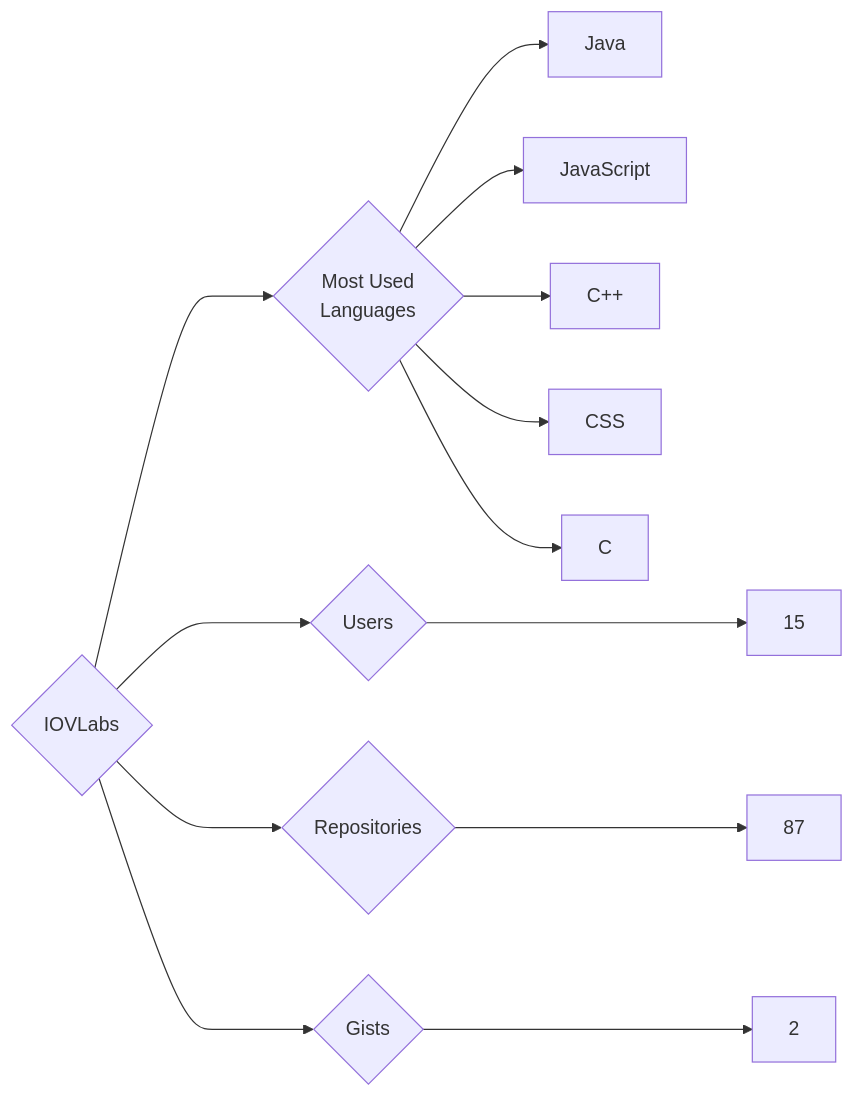
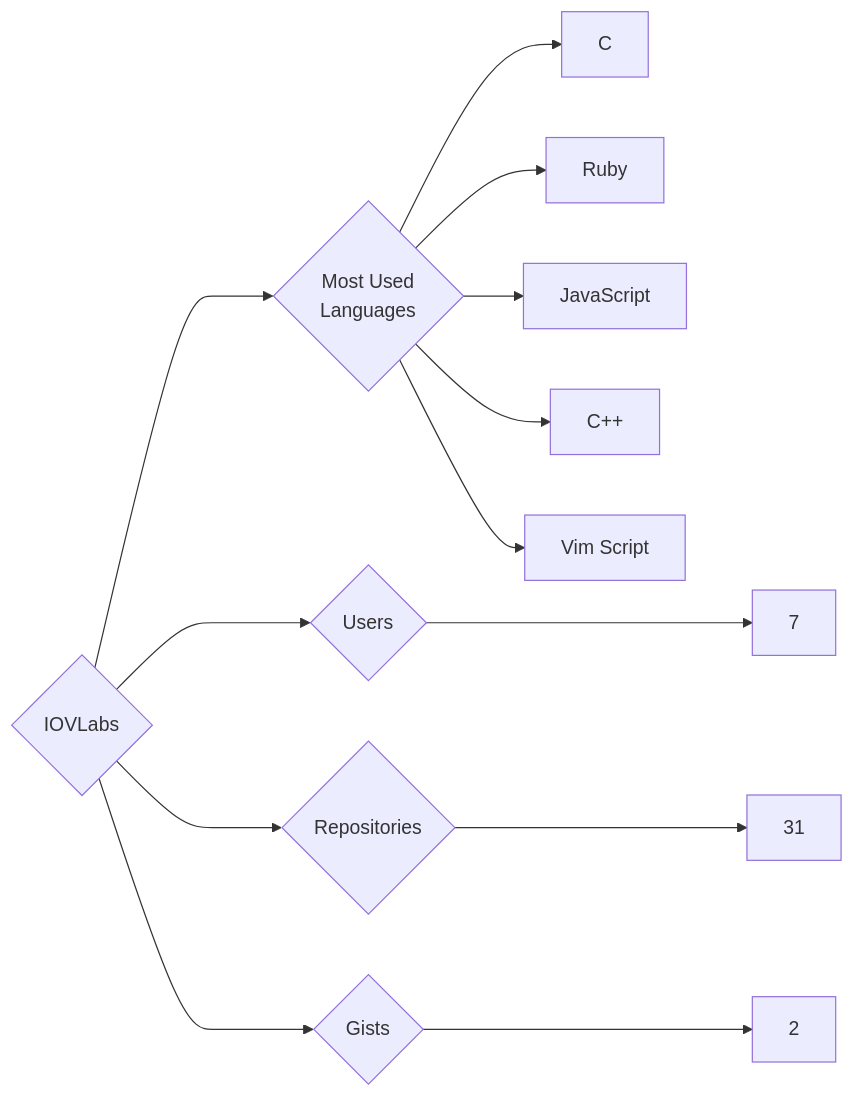
Before and after one commit to trickest/insiders: the diagram in targets/IOVLabs/README.md, drawn with Mermaid. The commit also changed 1020 other files, not shown here.

````diff
--- a/targets/IOVLabs/README.md
+++ b/targets/IOVLabs/README.md
@@ -3,13 +3,13 @@
 ```mermaid
 graph LR
 COMPANY_NAME{IOVLabs}
-COMPANY_NAME ---> U{Users} ---> UN[15]
-COMPANY_NAME ---> R{Repositories} ---> RN[87]
+COMPANY_NAME ---> U{Users} ---> UN[7]
+COMPANY_NAME ---> R{Repositories} ---> RN[31]
 COMPANY_NAME ---> G{Gists} ---> GN[2]
 COMPANY_NAME ---> ML{Most Used<br>Languages}
-ML --> Java[Java]
+ML --> C[C]
+ML --> Ruby[Ruby]
 ML --> JavaScript[JavaScript]
 ML --> C++[C++]
-ML --> CSS[CSS]
-ML --> C[C]
+ML --> Vim_Script[Vim Script]
 ```
````
